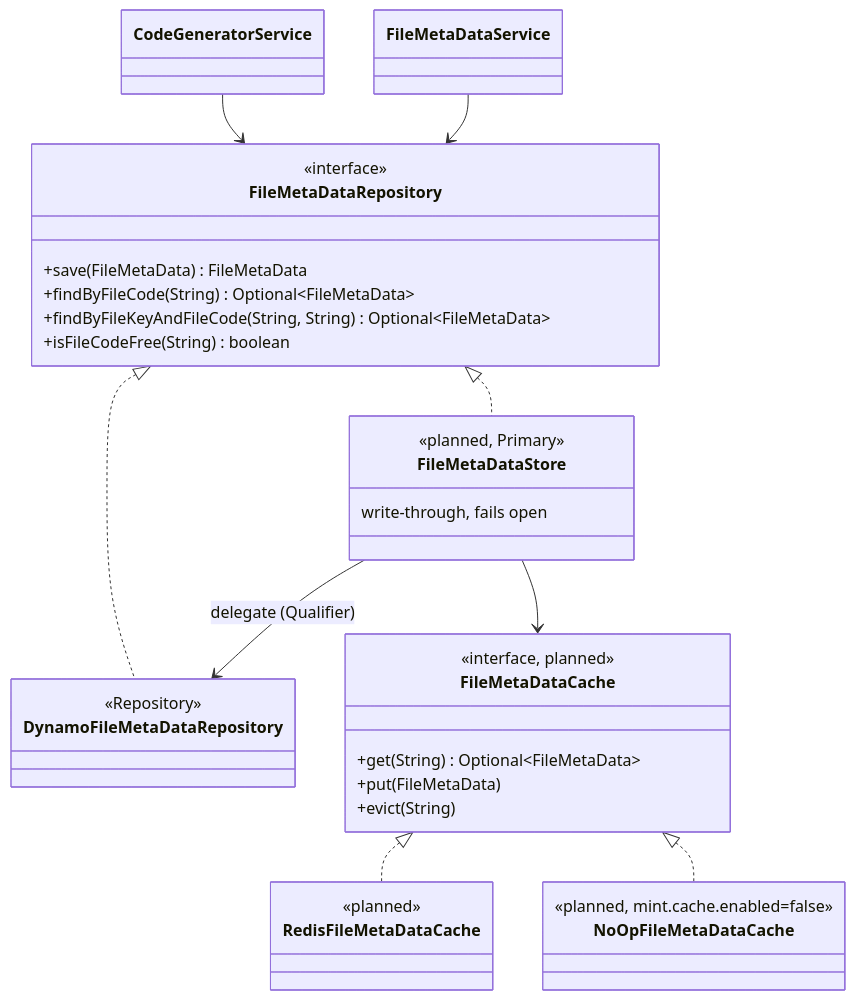
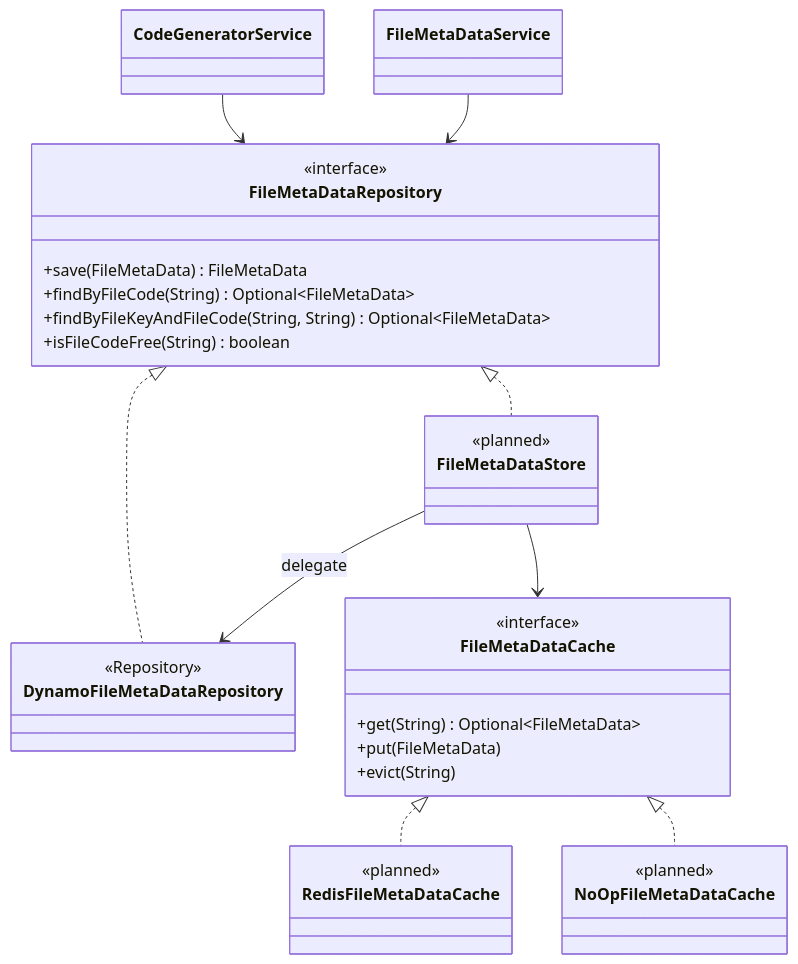
Before and after one commit to Dhiren9939/Mint: the second of 3 diagrams in docs/CLASSES.md, drawn with Mermaid. The commit also changed other lines of this file, not shown here.

Commit message:
docs: try to render mermaid diagrams

````diff
--- a/docs/CLASSES.md
+++ b/docs/CLASSES.md
@@ -41,40 +41,39 @@
 ```mermaid
 classDiagram
     direction TB
 
     class FileMetaDataRepository {
         <<interface>>
         +save(FileMetaData) FileMetaData
         +findByFileCode(String) Optional~FileMetaData~
         +findByFileKeyAndFileCode(String, String) Optional~FileMetaData~
         +isFileCodeFree(String) boolean
     }
     class DynamoFileMetaDataRepository {
         <<Repository>>
     }
     class FileMetaDataStore {
-        <<planned, Primary>>
-        write-through, fails open
+        <<planned>>
     }
     class FileMetaDataCache {
-        <<interface, planned>>
+        <<interface>>
         +get(String) Optional~FileMetaData~
         +put(FileMetaData)
         +evict(String)
     }
     class RedisFileMetaDataCache {
         <<planned>>
     }
     class NoOpFileMetaDataCache {
-        <<planned, mint.cache.enabled=false>>
+        <<planned>>
     }
 
     CodeGeneratorService --> FileMetaDataRepository
     FileMetaDataService --> FileMetaDataRepository
     FileMetaDataRepository <|.. DynamoFileMetaDataRepository
     FileMetaDataRepository <|.. FileMetaDataStore
-    FileMetaDataStore --> DynamoFileMetaDataRepository : delegate (Qualifier)
+    FileMetaDataStore --> DynamoFileMetaDataRepository : delegate
     FileMetaDataStore --> FileMetaDataCache
     FileMetaDataCache <|.. RedisFileMetaDataCache
     FileMetaDataCache <|.. NoOpFileMetaDataCache
 ```
````
